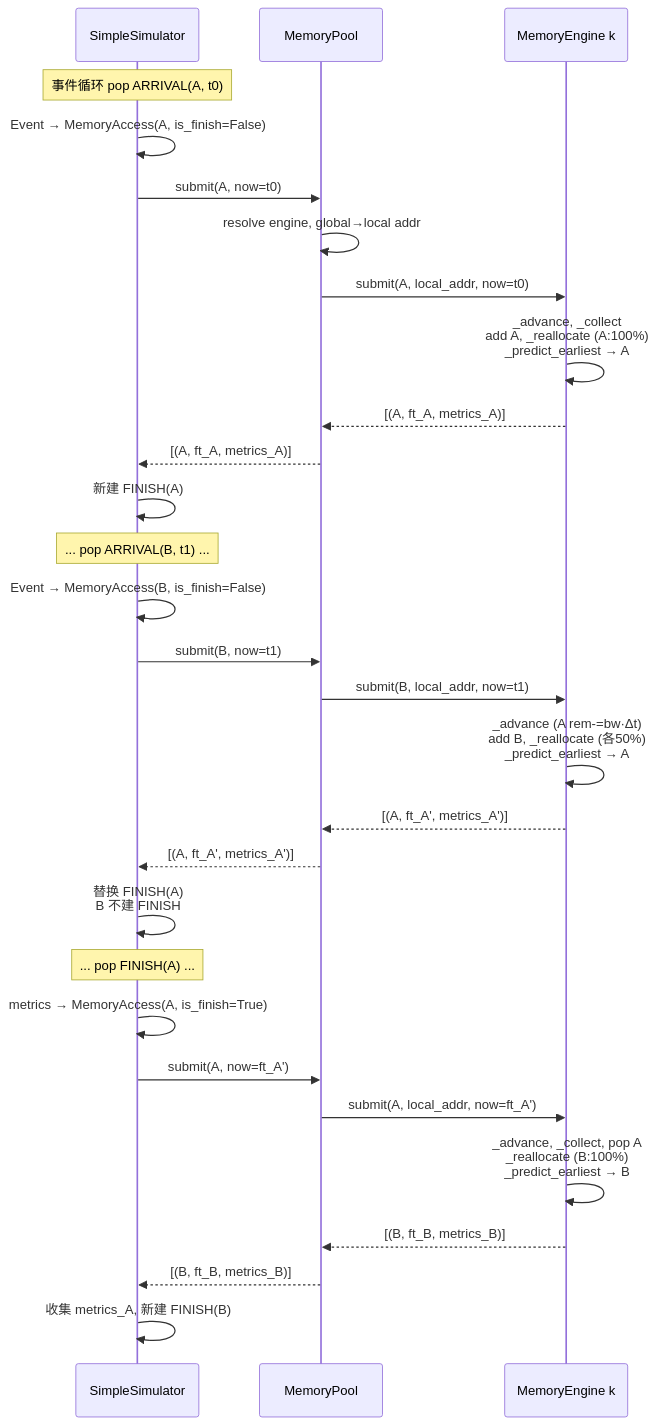
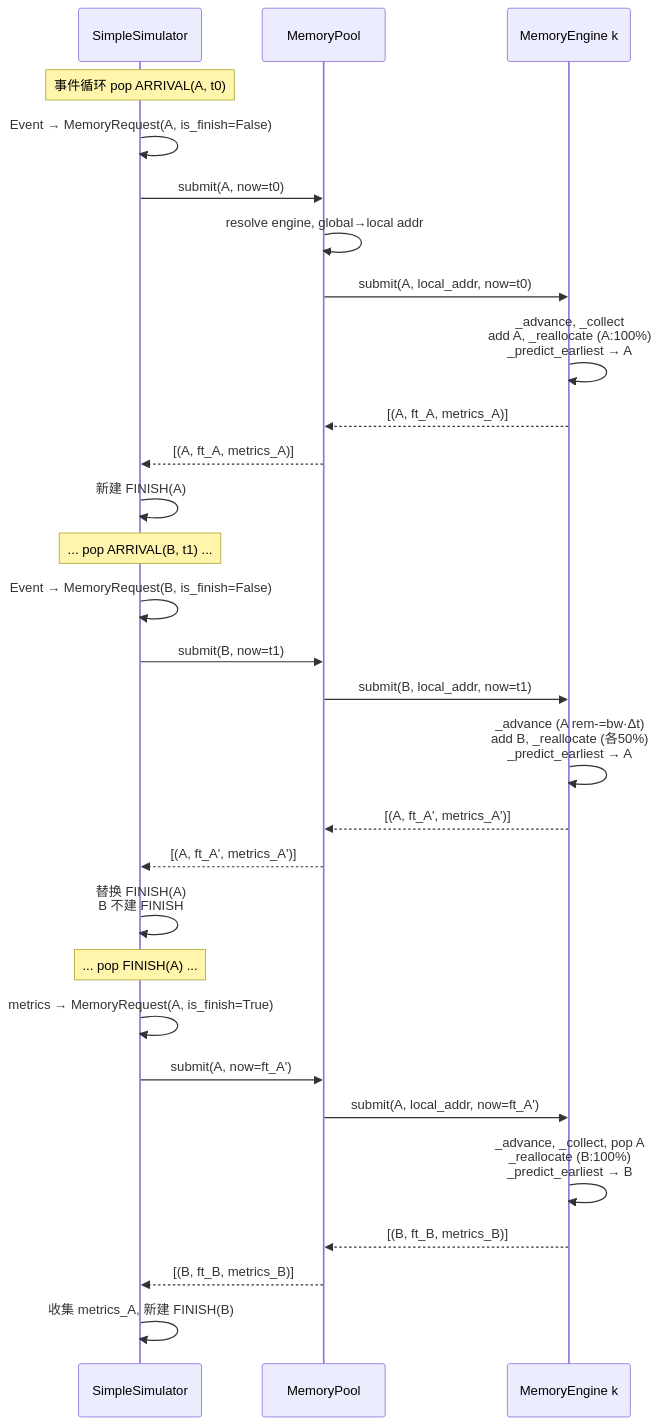
The second of 2 diagrams in docs/multi_instance_analytic_contention_design.md (BeachBoyPesci/storage_mem_sim), drawn with Mermaid before and after one commit. The commit also changed other lines of this file and 25 other files, not shown here.

First line of the commit message:
refactor: unify MemoryAccess/MemoryObject into MemoryRequest, rename access->request

````diff
--- a/docs/multi_instance_analytic_contention_design.md
+++ b/docs/multi_instance_analytic_contention_design.md
@@ -408,40 +410,40 @@
 ```mermaid
 sequenceDiagram
     participant SIM as SimpleSimulator
     participant Pool as MemoryPool
     participant Eng as MemoryEngine k
 
     Note over SIM: 事件循环 pop ARRIVAL(A, t0)
 
-    SIM->>SIM: Event → MemoryAccess(A, is_finish=False)
+    SIM->>SIM: Event → MemoryRequest(A, is_finish=False)
     SIM->>Pool: submit(A, now=t0)
     Pool->>Pool: resolve engine, global→local addr
     Pool->>Eng: submit(A, local_addr, now=t0)
     Eng->>Eng: _advance, _collect<br/>add A, _reallocate (A:100%)<br/>_predict_earliest → A
     Eng-->>Pool: [(A, ft_A, metrics_A)]
     Pool-->>SIM: [(A, ft_A, metrics_A)]
 
     SIM->>SIM: 新建 FINISH(A)
 
     Note over SIM: ... pop ARRIVAL(B, t1) ...
 
-    SIM->>SIM: Event → MemoryAccess(B, is_finish=False)
+    SIM->>SIM: Event → MemoryRequest(B, is_finish=False)
     SIM->>Pool: submit(B, now=t1)
     Pool->>Eng: submit(B, local_addr, now=t1)
     Eng->>Eng: _advance (A rem-=bw·Δt)<br/>add B, _reallocate (各50%)<br/>_predict_earliest → A
     Eng-->>Pool: [(A, ft_A', metrics_A')]
     Pool-->>SIM: [(A, ft_A', metrics_A')]
 
     SIM->>SIM: 替换 FINISH(A)<br/>B 不建 FINISH
 
     Note over SIM: ... pop FINISH(A) ...
 
-    SIM->>SIM: metrics → MemoryAccess(A, is_finish=True)
+    SIM->>SIM: metrics → MemoryRequest(A, is_finish=True)
     SIM->>Pool: submit(A, now=ft_A')
     Pool->>Eng: submit(A, local_addr, now=ft_A')
     Eng->>Eng: _advance, _collect, pop A<br/>_reallocate (B:100%)<br/>_predict_earliest → B
     Eng-->>Pool: [(B, ft_B, metrics_B)]
     Pool-->>SIM: [(B, ft_B, metrics_B)]
 
     SIM->>SIM: 收集 metrics_A, 新建 FINISH(B)
 ```
````
